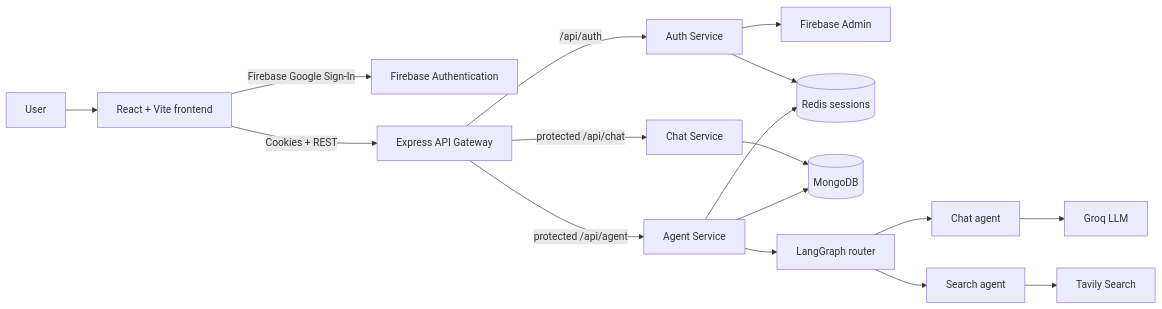
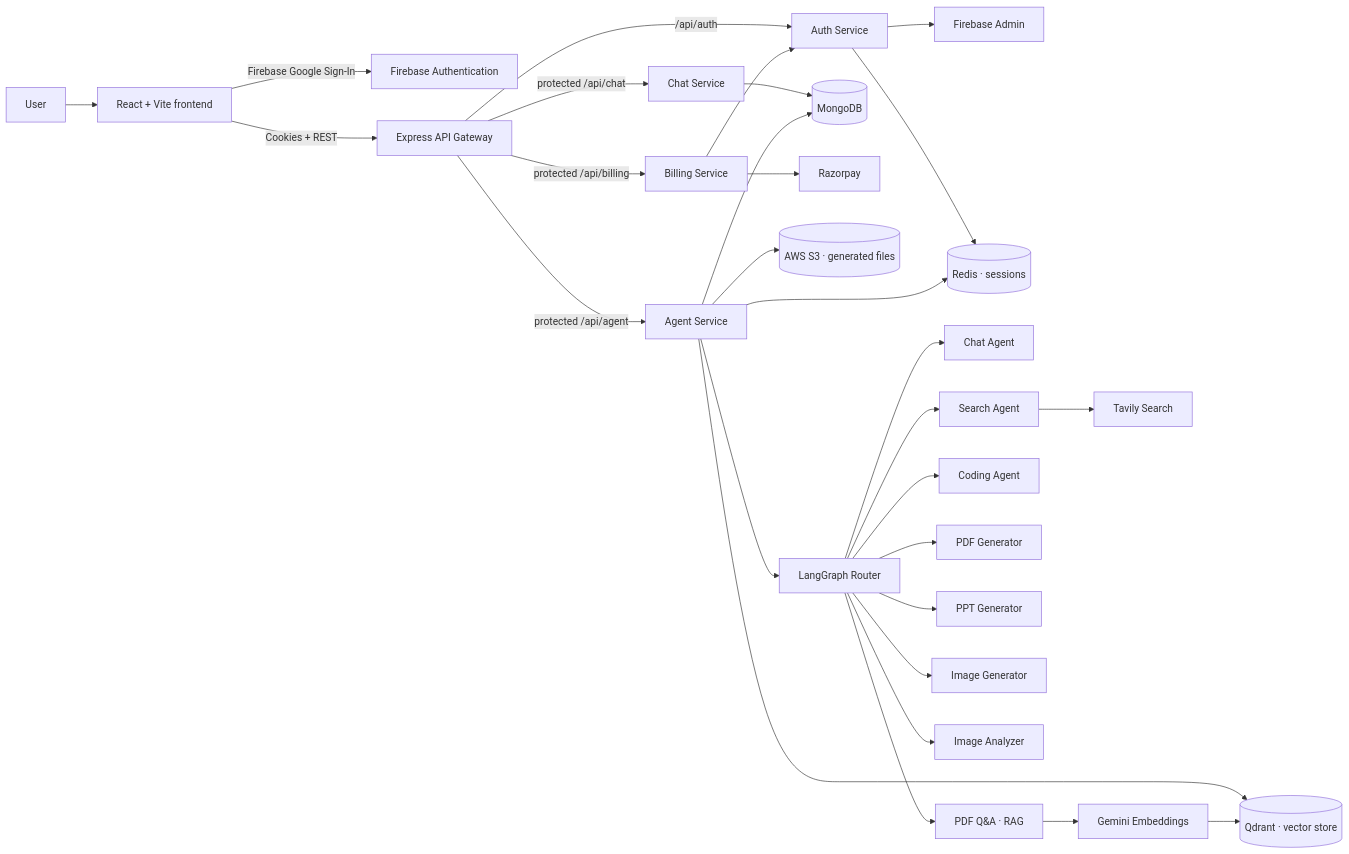
Before and after one commit to deveshups-ux/Kaido: the diagram in README.md, drawn with Mermaid. The commit also changed other lines of this file, not shown here.

````diff
--- a/README.md
+++ b/README.md
@@ -56,19 +89,37 @@
 ```mermaid
 flowchart LR
   U[User] --> FE[React + Vite frontend]
   FE -->|Firebase Google Sign-In| FA[Firebase Authentication]
   FE -->|Cookies + REST| GW[Express API Gateway]
+
   GW -->|/api/auth| AS[Auth Service]
   GW -->|protected /api/chat| CS[Chat Service]
   GW -->|protected /api/agent| AG[Agent Service]
+  GW -->|protected /api/billing| BS[Billing Service]
+
   AS --> FM[Firebase Admin]
-  AS --> R[(Redis sessions)]
+  AS --> R[(Redis · sessions)]
   CS --> M[(MongoDB)]
+
+  BS --> RZ[Razorpay]
+  BS --> AS
+
   AG --> R
   AG --> M
-  AG --> LG[LangGraph router]
-  LG --> CH[Chat agent]
-  LG --> SE[Search agent]
+  AG --> S3[(AWS S3 · generated files)]
+  AG --> QD[(Qdrant · vector store)]
+  AG --> LG[LangGraph Router]
+
+  LG --> CH[Chat Agent]
+  LG --> SE[Search Agent]
+  LG --> CO[Coding Agent]
+  LG --> PD[PDF Generator]
+  LG --> PP[PPT Generator]
+  LG --> VI[Image Generator]
+  LG --> IA[Image Analyzer]
+  LG --> RAG[PDF Q&A · RAG]
+
   SE --> TV[Tavily Search]
-  CH --> LLM[Groq LLM]
+  RAG --> EMB[Gemini Embeddings]
+  EMB --> QD
 ```
````
